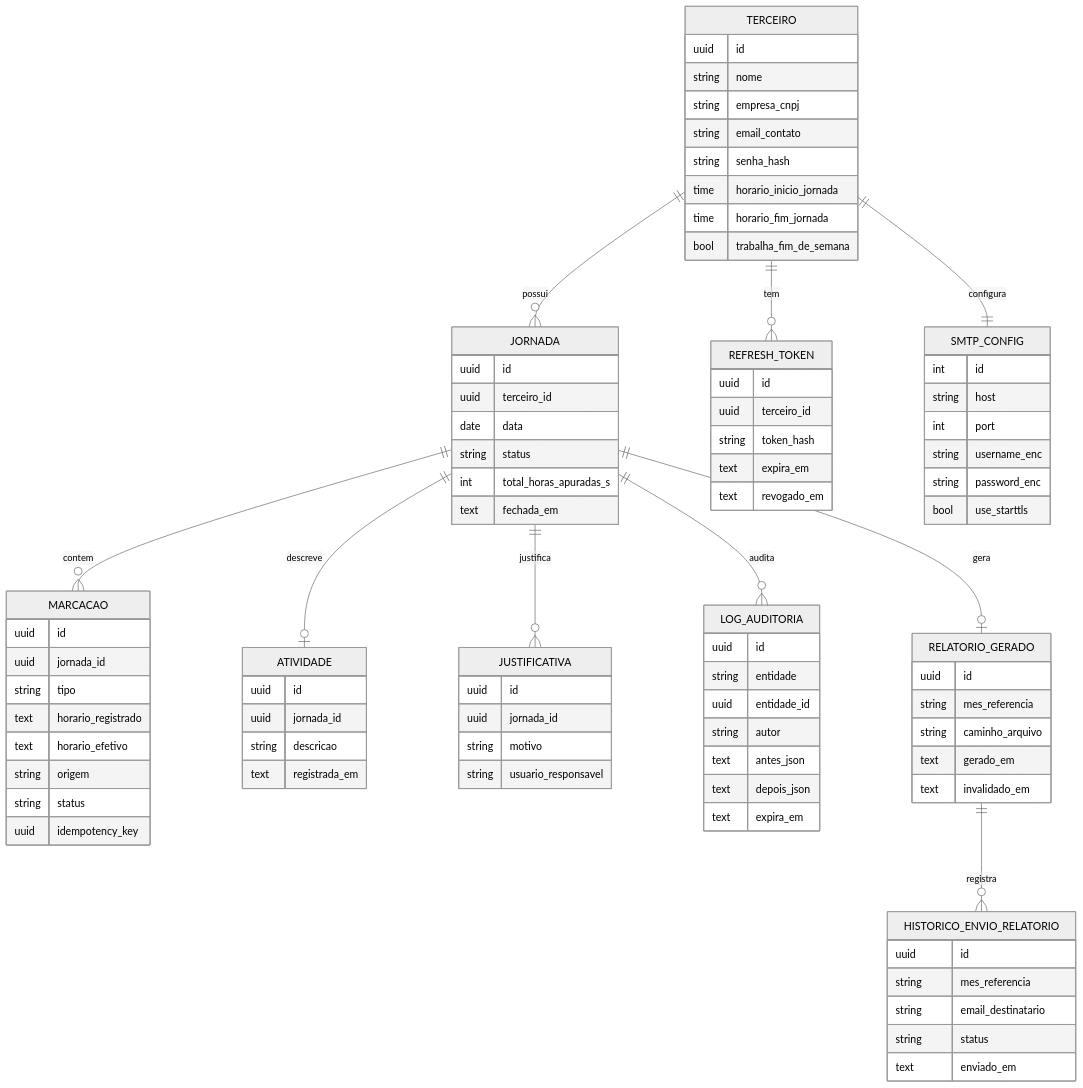
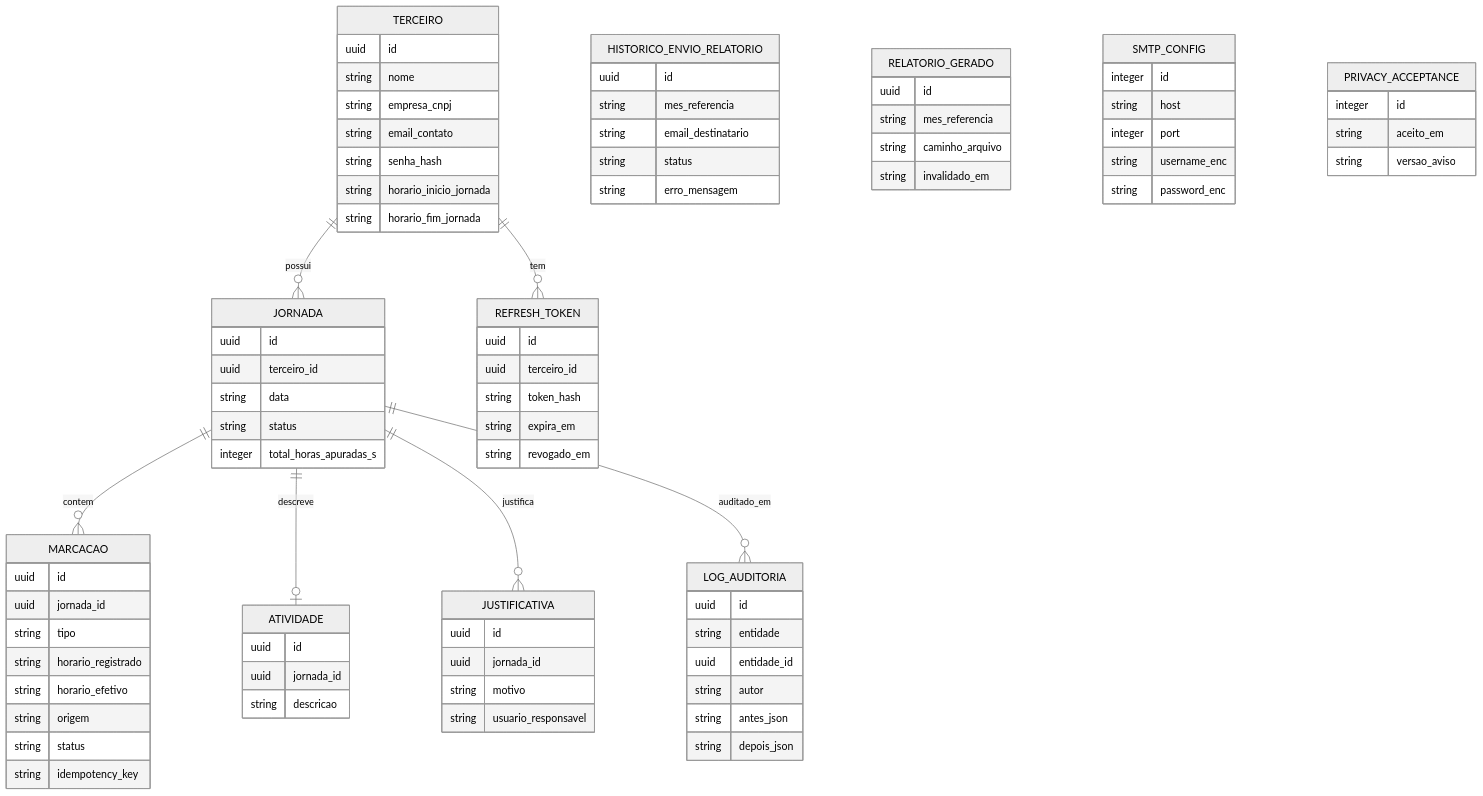
Before and after one commit to CarlosMattos-N45/Timesheet: the diagram in .n45/docs/diagrams/data-model.md, drawn with Mermaid. The commit also changed other lines of this file and 16 other files, not shown here.

Commit message:
chore(fix-0002): roadmap encerrado e arquivado (CHANGELOG/STACK/RUNBOOK/diagramas/retrospectiva)

````diff
--- a/.n45/docs/diagrams/data-model.md
+++ b/.n45/docs/diagrams/data-model.md
@@ -9,99 +9,85 @@
 erDiagram
   TERCEIRO ||--o{ JORNADA : possui
   TERCEIRO ||--o{ REFRESH_TOKEN : tem
-  TERCEIRO ||--|| SMTP_CONFIG : configura
   JORNADA ||--o{ MARCACAO : contem
   JORNADA ||--o| ATIVIDADE : descreve
   JORNADA ||--o{ JUSTIFICATIVA : justifica
-  JORNADA ||--o{ LOG_AUDITORIA : audita
-  JORNADA ||--o| RELATORIO_GERADO : gera
-  RELATORIO_GERADO ||--o{ HISTORICO_ENVIO_RELATORIO : registra
-
+  JORNADA ||--o{ LOG_AUDITORIA : auditado_em
   TERCEIRO {
     uuid id
     string nome
     string empresa_cnpj
     string email_contato
     string senha_hash
-    time horario_inicio_jornada
-    time horario_fim_jornada
-    bool trabalha_fim_de_semana
+    string horario_inicio_jornada
+    string horario_fim_jornada
   }
-
   JORNADA {
     uuid id
     uuid terceiro_id
-    date data
+    string data
     string status
-    int total_horas_apuradas_s
-    text fechada_em
+    integer total_horas_apuradas_s
   }
-
   MARCACAO {
     uuid id
     uuid jornada_id
     string tipo
-    text horario_registrado
-    text horario_efetivo
+    string horario_registrado
+    string horario_efetivo
     string origem
     string status
-    uuid idempotency_key
+    string idempotency_key
   }
-
   ATIVIDADE {
     uuid id
     uuid jornada_id
     string descricao
-    text registrada_em
   }
-
   JUSTIFICATIVA {
     uuid id
     uuid jornada_id
     string motivo
     string usuario_responsavel
   }
-
   LOG_AUDITORIA {
     uuid id
     string entidade
     uuid entidade_id
     string autor
-    text antes_json
-    text depois_json
-    text expira_em
+    string antes_json
+    string depois_json
   }
-
   REFRESH_TOKEN {
     uuid id
     uuid terceiro_id
     string token_hash
-    text expira_em
-    text revogado_em
+    string expira_em
+    string revogado_em
   }
-
-  RELATORIO_GERADO {
-    uuid id
-    string mes_referencia
-    string caminho_arquivo
-    text gerado_em
-    text invalidado_em
-  }
-
   HISTORICO_ENVIO_RELATORIO {
     uuid id
     string mes_referencia
     string email_destinatario
     string status
-    text enviado_em
+    string erro_mensagem
   }
-
+  RELATORIO_GERADO {
+    uuid id
+    string mes_referencia
+    string caminho_arquivo
+    string invalidado_em
+  }
   SMTP_CONFIG {
-    int id
+    integer id
     string host
-    int port
+    integer port
     string username_enc
     string password_enc
-    bool use_starttls
+  }
+  PRIVACY_ACCEPTANCE {
+    integer id
+    string aceito_em
+    string versao_aviso
   }
 ```
````
